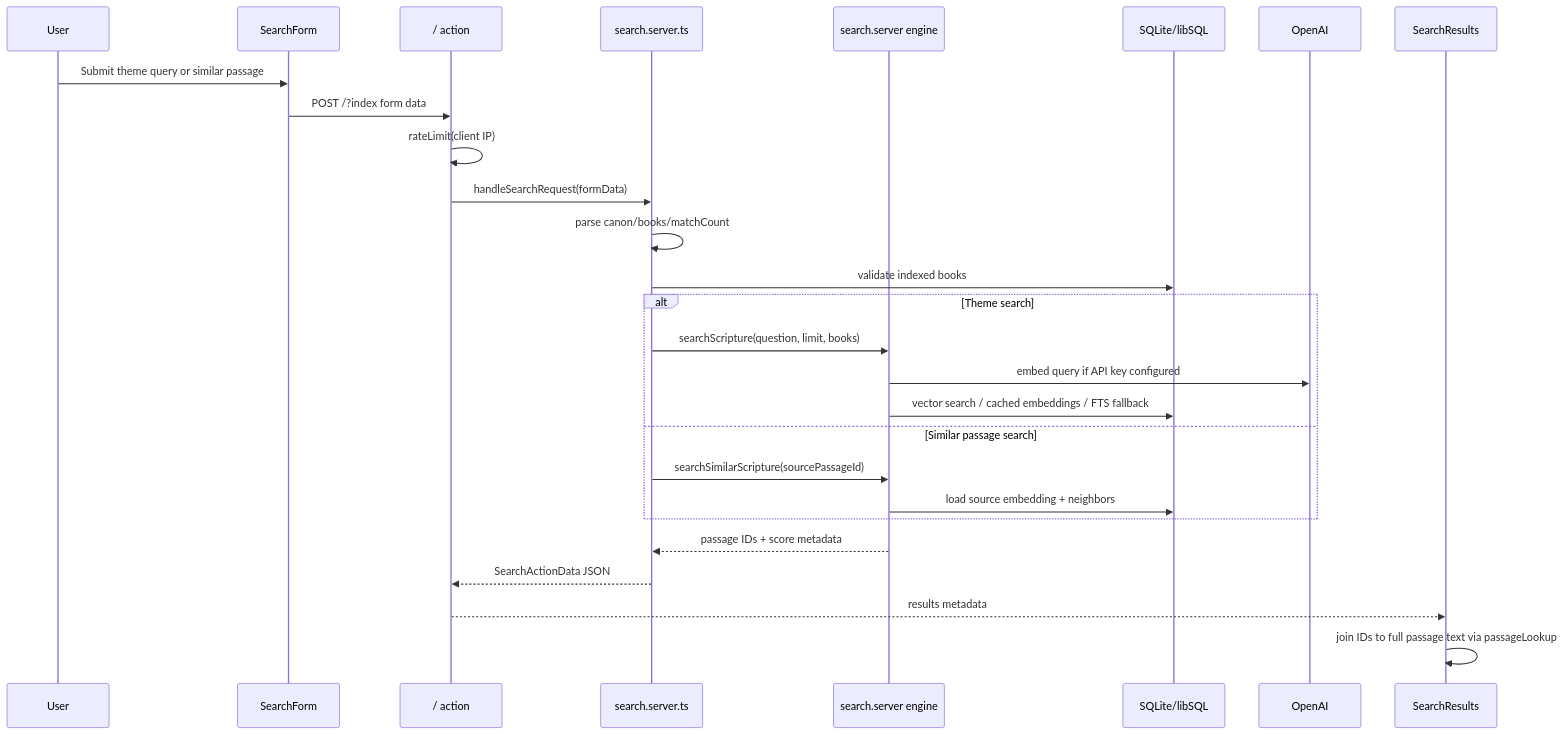
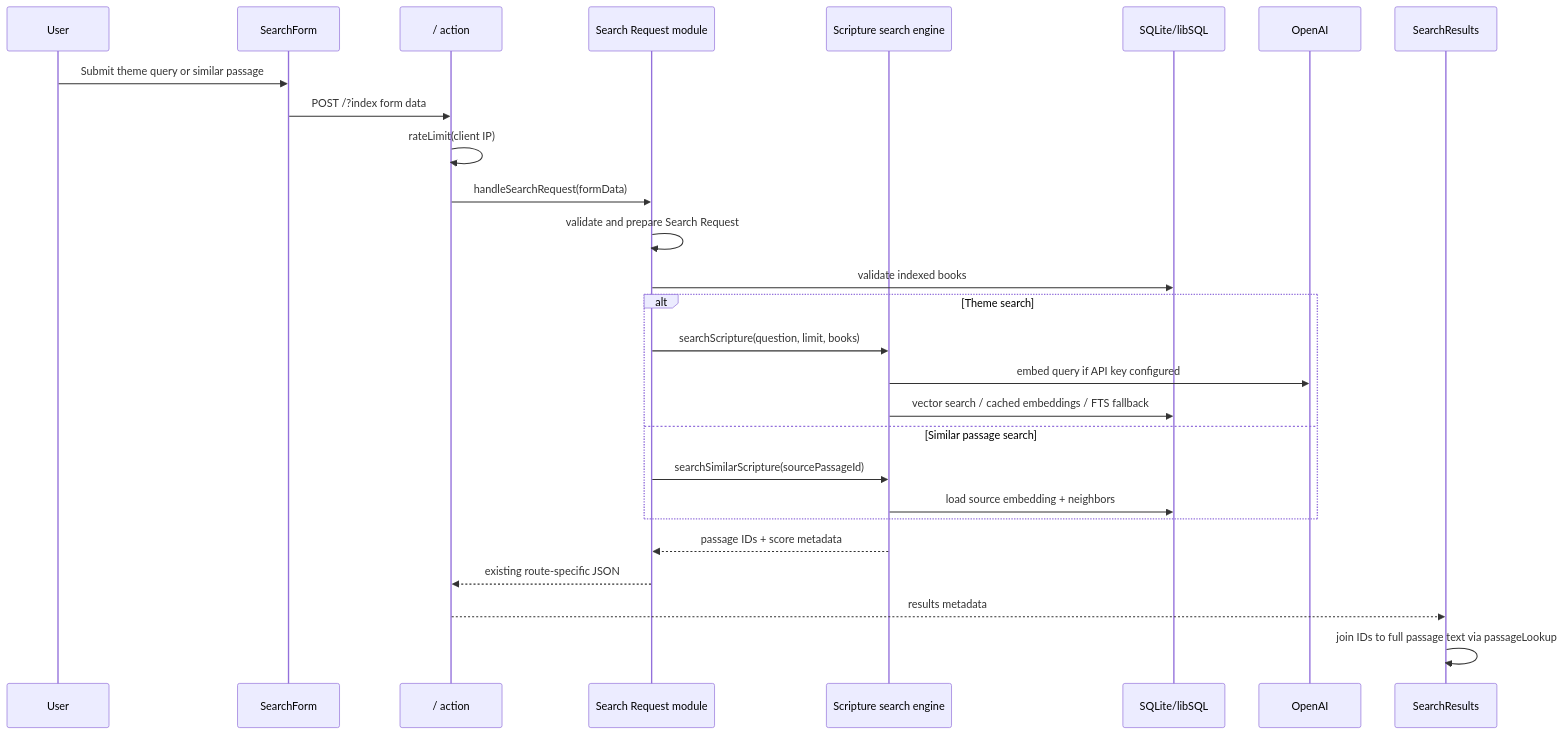
The third of 5 diagrams in docs/architecture.md (jacksonStone/cross-cannon), drawn with Mermaid before and after one commit. The commit also changed other lines of this file and 12 other files, not shown here.

````diff
--- a/docs/architecture.md
+++ b/docs/architecture.md
@@ -98,32 +98,32 @@
 ```mermaid
 sequenceDiagram
   participant User
   participant SearchForm
   participant IndexAction as / action
-  participant SearchServer as search.server.ts
-  participant SearchEngine as search.server engine
+  participant SearchRequest as Search Request module
+  participant SearchEngine as Scripture search engine
   participant DB as SQLite/libSQL
   participant OpenAI
   participant UI as SearchResults
 
   User->>SearchForm: Submit theme query or similar passage
   SearchForm->>IndexAction: POST /?index form data
   IndexAction->>IndexAction: rateLimit(client IP)
-  IndexAction->>SearchServer: handleSearchRequest(formData)
-  SearchServer->>SearchServer: parse canon/books/matchCount
-  SearchServer->>DB: validate indexed books
+  IndexAction->>SearchRequest: handleSearchRequest(formData)
+  SearchRequest->>SearchRequest: validate and prepare Search Request
+  SearchRequest->>DB: validate indexed books
 
   alt Theme search
-    SearchServer->>SearchEngine: searchScripture(question, limit, books)
+    SearchRequest->>SearchEngine: searchScripture(question, limit, books)
     SearchEngine->>OpenAI: embed query if API key configured
     SearchEngine->>DB: vector search / cached embeddings / FTS fallback
   else Similar passage search
-    SearchServer->>SearchEngine: searchSimilarScripture(sourcePassageId)
+    SearchRequest->>SearchEngine: searchSimilarScripture(sourcePassageId)
     SearchEngine->>DB: load source embedding + neighbors
   end
 
-  SearchEngine-->>SearchServer: passage IDs + score metadata
-  SearchServer-->>IndexAction: SearchActionData JSON
+  SearchEngine-->>SearchRequest: passage IDs + score metadata
+  SearchRequest-->>IndexAction: existing route-specific JSON
   IndexAction-->>UI: results metadata
   UI->>UI: join IDs to full passage text via passageLookup
 ```
````
